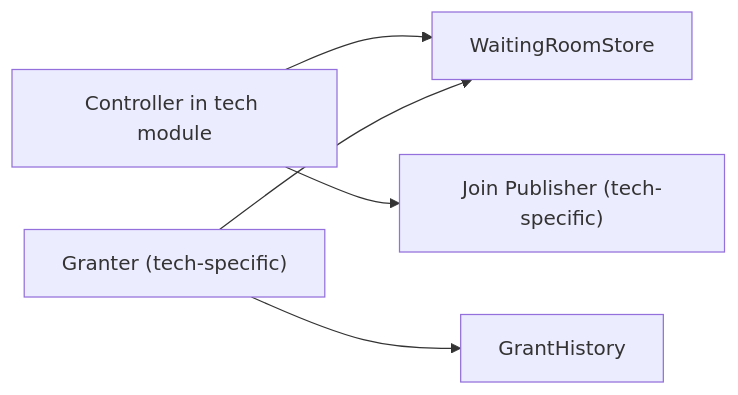
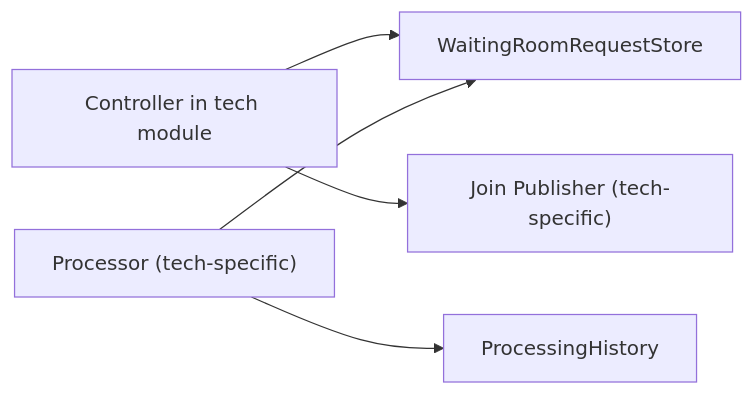
The diagram in ticketmaster/tech-waiting-room/waiting-room-core/README.md (ShalomDeitch1/examples), drawn with Mermaid before and after one commit. The commit also changed 5 other files, not shown here.

````diff
--- a/ticketmaster/tech-waiting-room/waiting-room-core/README.md
+++ b/ticketmaster/tech-waiting-room/waiting-room-core/README.md
@@ -5,7 +5,7 @@
 ```mermaid
 flowchart LR
-  C[Controller in tech module] --> S[WaitingRoomStore]
+  C[Controller in tech module] --> S[WaitingRoomRequestStore]
   C --> J["Join Publisher (tech-specific)"]
-  G["Granter (tech-specific)"] --> S
-  G --> H[GrantHistory]
+  P["Processor (tech-specific)"] --> S
+  P --> H[ProcessingHistory]
 ```
````
